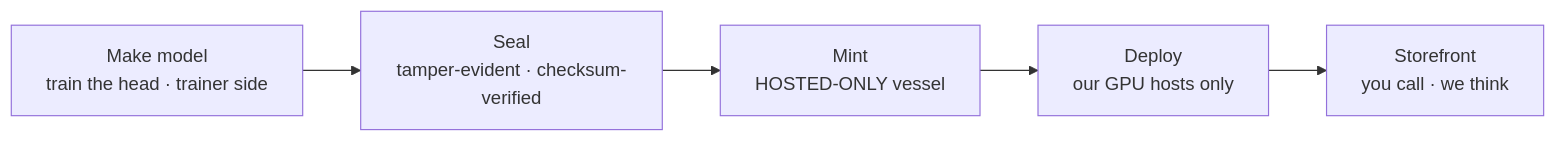
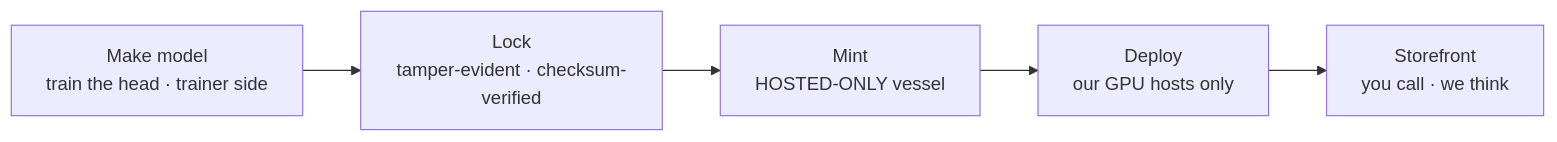
The diagram in docs/rethink/dev_flow.md (gist-rs/reflex-site), drawn with Mermaid before and after one commit. The commit also changed other lines of this file and 10 other files, not shown here.

First line of the commit message:
docs: vocabulary — "seal/sealed" -> "lock/locked" in mirrors + size labels

````diff
--- a/docs/rethink/dev_flow.md
+++ b/docs/rethink/dev_flow.md
@@ -12,9 +12,9 @@
 ```mermaid
 %% file: dev_flow.svg
-%% aria: The Rethink development flow: train the head on the trainer side, seal it, mint a HOSTED-ONLY vessel, deploy to our GPU hosts only, and serve decisions through the storefront.
+%% aria: The Rethink development flow: train the head on the trainer side, lock it, mint a HOSTED-ONLY vessel, deploy to our GPU hosts only, and serve decisions through the storefront.
 flowchart LR
-    T[Make model<br/>train the head · trainer side] --> S[Seal<br/>tamper-evident · checksum-verified]
+    T[Make model<br/>train the head · trainer side] --> S[Lock<br/>tamper-evident · checksum-verified]
     S --> M[Mint<br/>HOSTED-ONLY vessel]
     M --> D[Deploy<br/>our GPU hosts only]
     D --> F[Storefront<br/>you call · we think]
 ```
````
